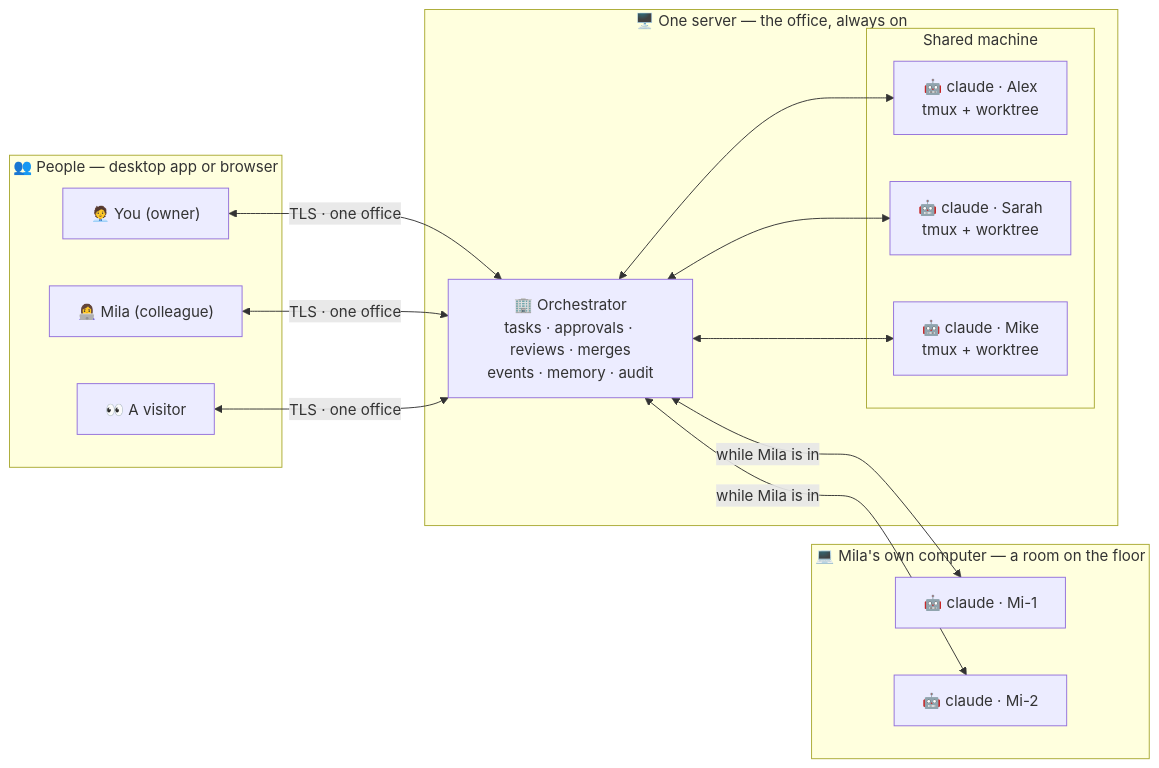
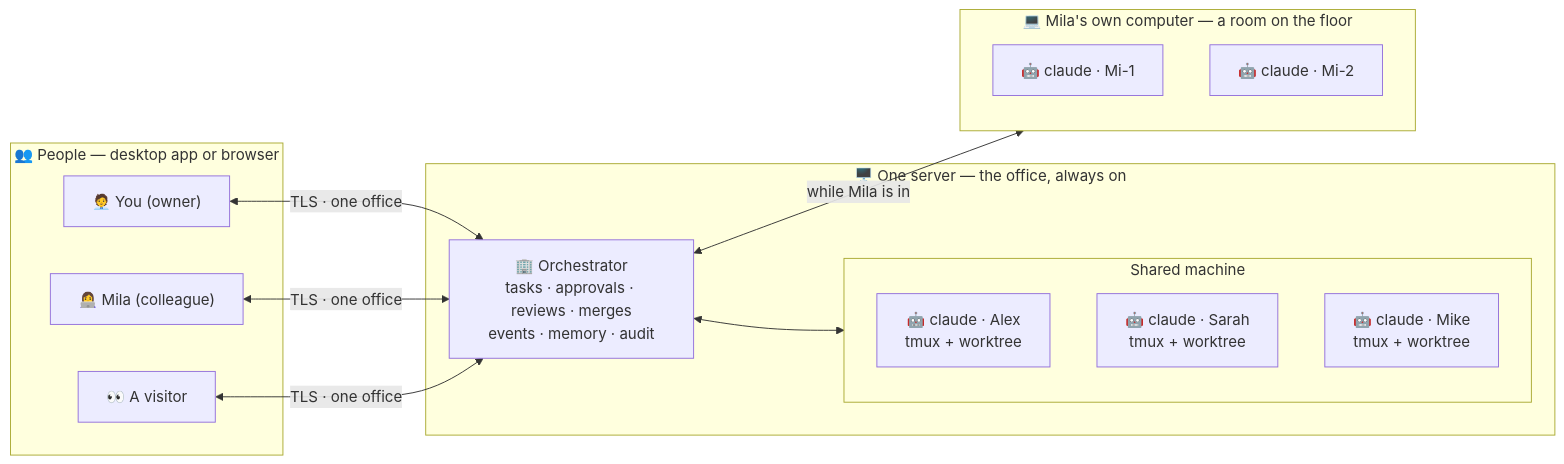
One commit to brstic/orchestrator changed the first of 2 diagrams in README.md. Above: the diagram before and after it, drawn with Mermaid.

Commit message:
README: a cleaner diagram of one server for the whole team

````diff
--- a/README.md
+++ b/README.md
@@ -59,23 +59,23 @@
 ```mermaid
 flowchart LR
   subgraph People["👥 People — desktop app or browser"]
     you["🧑‍💼 You (owner)"]
     mila["👩‍💻 Mila (colleague)"]
     guest["👀 A visitor"]
   end
   subgraph Server["🖥️ One server — the office, always on"]
     office["🏢 Orchestrator<br/>tasks · approvals · reviews · merges<br/>events · memory · audit"]
     subgraph Shared["Shared machine"]
       a1["🤖 claude · Alex<br/>tmux + worktree"]
       a2["🤖 claude · Sarah<br/>tmux + worktree"]
       a3["🤖 claude · Mike<br/>tmux + worktree"]
     end
   end
   subgraph Laptop["💻 Mila's own computer — a room on the floor"]
     m1["🤖 claude · Mi-1"]
     m2["🤖 claude · Mi-2"]
   end
   you & mila & guest <-->|"TLS · one office"| office
-  office <--> a1 & a2 & a3
-  office <-->|"while Mila is in"| m1 & m2
+  office <--> Shared
+  office <-->|"while Mila is in"| Laptop
 ```
````
